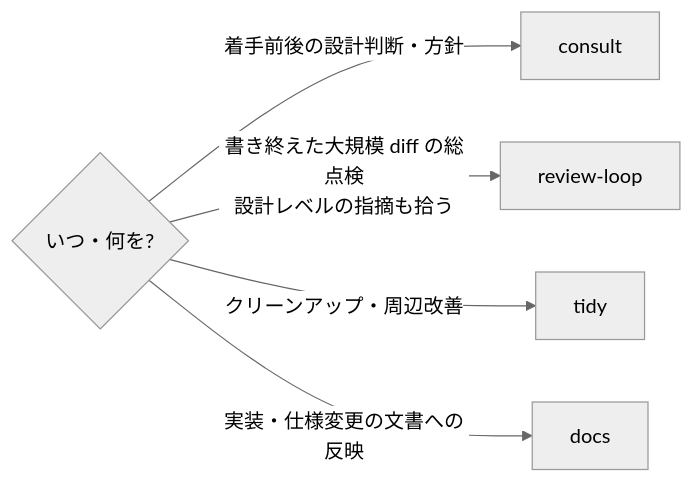
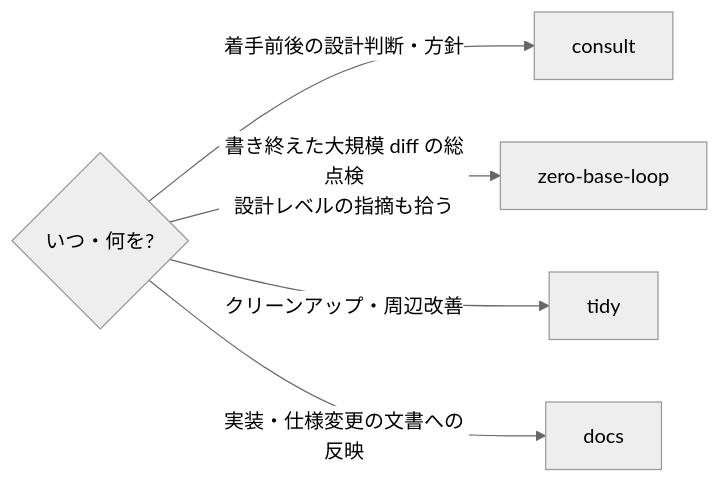
One commit to usagizmo/agentfiles changed the third of 4 diagrams in agents/skills/README.md. Above: the diagram before and after it, drawn with Mermaid (neutral theme). The commit also changed other lines of this file and 11 other files, not shown here.

````diff
--- a/agents/skills/README.md
+++ b/agents/skills/README.md
@@ -75,8 +155,8 @@
 ```mermaid
 flowchart LR
     Q1{"いつ・何を?"}
     Q1 -->|着手前後の設計判断・方針| consult
-    Q1 -->|書き終えた大規模 diff の総点検<br/>設計レベルの指摘も拾う| review-loop
+    Q1 -->|書き終えた大規模 diff の総点検<br/>設計レベルの指摘も拾う| zero-base-loop
     Q1 -->|クリーンアップ・周辺改善| tidy
     Q1 -->|実装・仕様変更の文書への反映| docs
 ```
````
